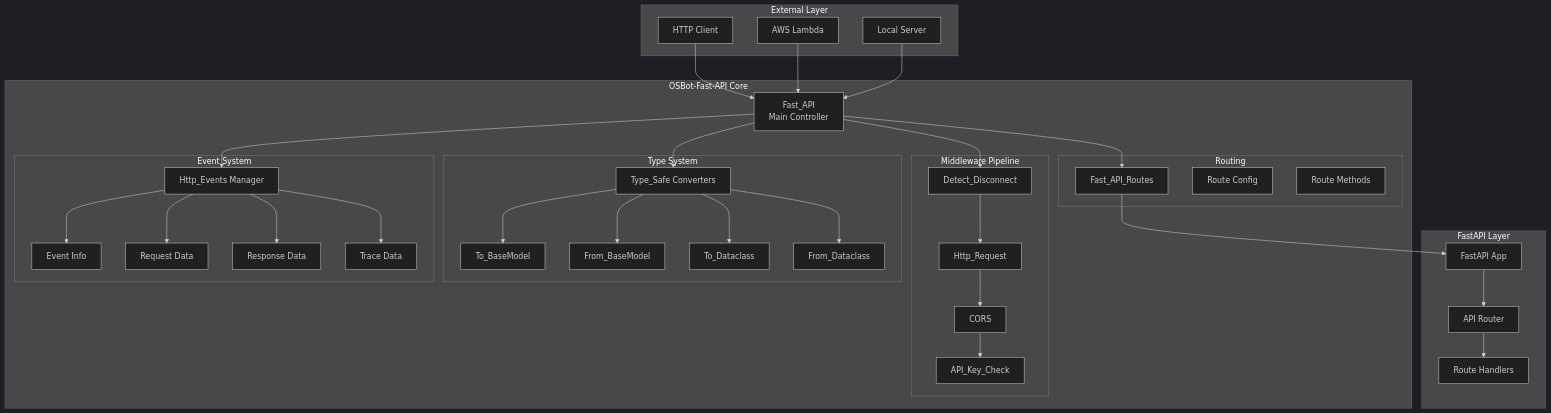
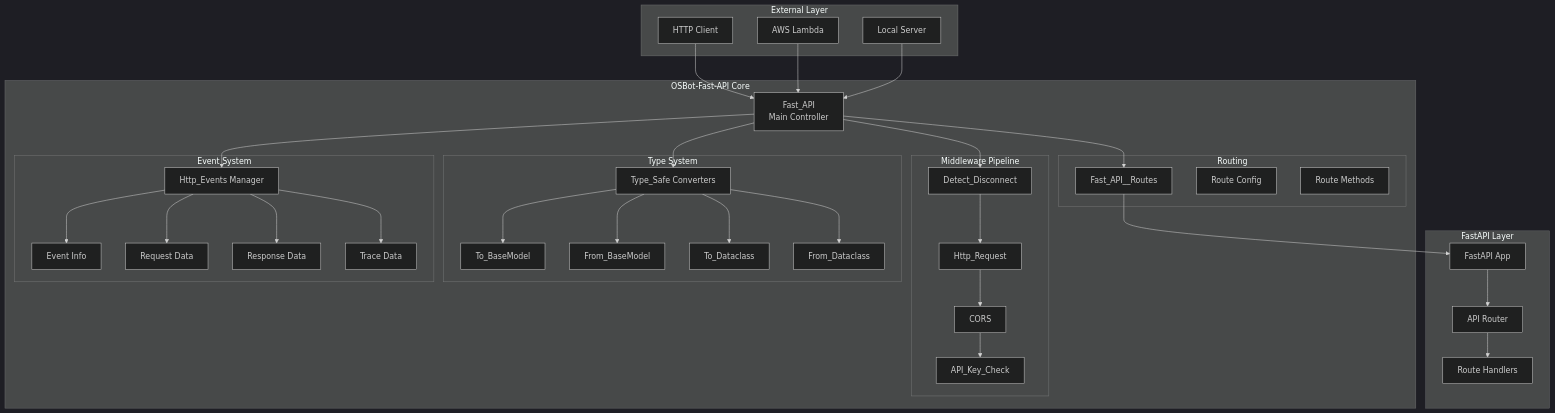
Before and after one commit to owasp-sbot/OSBot-Fast-API: the first of 9 diagrams in docs/architecture/osbot-fast-api-architecture.md, drawn with Mermaid (dark theme). The commit also changed other lines of this file and 21 other files, not shown here.

Commit message:
BREAKING Change, fixed Fast_API_Routes name, it is now Fast_API__Routes Fixed bug with tag (was over filtering) with now classes for it class Safe_Str__FastAPI__Route__Prefix , Safe_Str__FastAPI__Route__Tag

````diff
--- a/docs/architecture/osbot-fast-api-architecture.md
+++ b/docs/architecture/osbot-fast-api-architecture.md
@@ -11,71 +11,71 @@
 ```mermaid
 graph TB
     subgraph "External Layer"
         CLIENT[HTTP Client]
         LAMBDA[AWS Lambda]
         LOCAL[Local Server]
     end
     
     subgraph "OSBot-Fast-API Core"
         FA[Fast_API<br/>Main Controller]
         
         subgraph "Middleware Pipeline"
             MW1[Detect_Disconnect]
             MW2[Http_Request]
             MW3[CORS]
             MW4[API_Key_Check]
             MW1 --> MW2 --> MW3 --> MW4
         end
         
         subgraph "Type System"
             TS[Type_Safe Converters]
             TSB[To_BaseModel]
             BTS[From_BaseModel]
             TSD[To_Dataclass]
             DTS[From_Dataclass]
         end
         
         subgraph "Event System"
             HE[Http_Events Manager]
             HEI[Event Info]
             HEQ[Request Data]
             HER[Response Data]
             HET[Trace Data]
         end
         
         subgraph "Routing"
-            FAR[Fast_API_Routes]
+            FAR[Fast_API__Routes]
             RC[Route Config]
             RM[Route Methods]
         end
     end
     
     subgraph "FastAPI Layer"
         APP[FastAPI App]
         ROUTER[API Router]
         HANDLERS[Route Handlers]
     end
     
     CLIENT --> FA
     LAMBDA --> FA
     LOCAL --> FA
     
     FA --> MW1
     FA --> TS
     FA --> HE
     FA --> FAR
     
     FAR --> APP
     APP --> ROUTER
     ROUTER --> HANDLERS
     
     HE --> HEI
     HE --> HEQ
     HE --> HER
     HE --> HET
     
     TS --> TSB
     TS --> BTS
     TS --> TSD
     TS --> DTS
 ```
````
